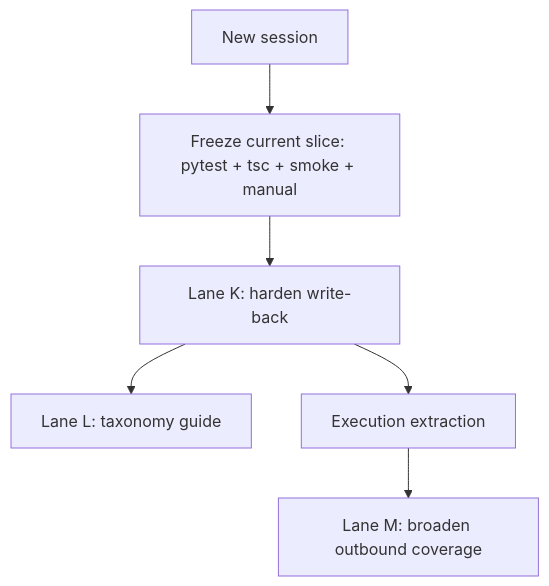
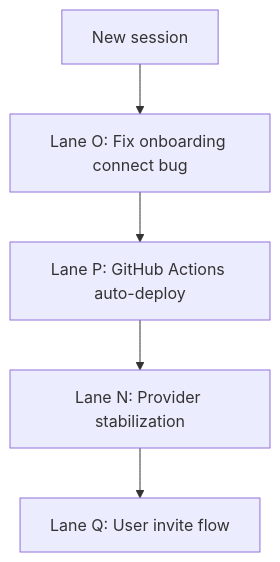
One commit to mbiv33/FlavorOS_1.5 changed the diagram in docs/planning/next_session_handoff.md. Above: the diagram before and after it, drawn with Mermaid. The commit also changed other lines of this file and 4 other files, not shown here.

First line of the commit message:
docs(planning): refresh handoff and lane status after onboarding OAuth work

````diff
--- a/docs/planning/next_session_handoff.md
+++ b/docs/planning/next_session_handoff.md
@@ -110,15 +94,13 @@
 ```mermaid
 flowchart TD
   start[New session]
-  verify[Freeze current slice: pytest + tsc + smoke + manual]
-  harden[Lane K: harden write-back]
-  taxonomy[Lane L: taxonomy guide]
-  runtime[Execution extraction]
-  expand[Lane M: broaden outbound coverage]
+  fix_onboard[Lane O: Fix onboarding connect bug]
+  auto_deploy[Lane P: GitHub Actions auto-deploy]
+  stabilize[Lane N: Provider stabilization]
+  invite[Lane Q: User invite flow]
 
-  start --> verify
-  verify --> harden
-  harden --> taxonomy
-  harden --> runtime
-  runtime --> expand
+  start --> fix_onboard
+  fix_onboard --> auto_deploy
+  auto_deploy --> stabilize
+  stabilize --> invite
 ```
````
